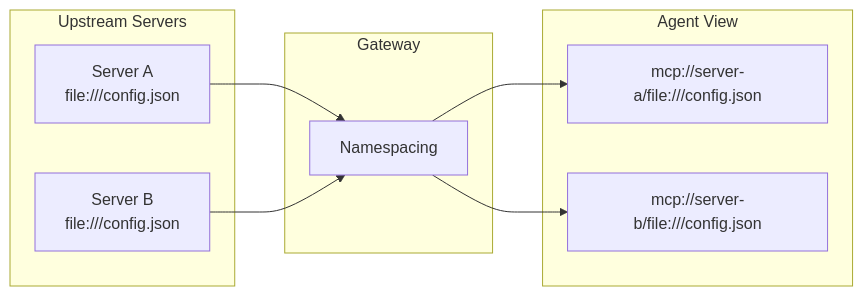
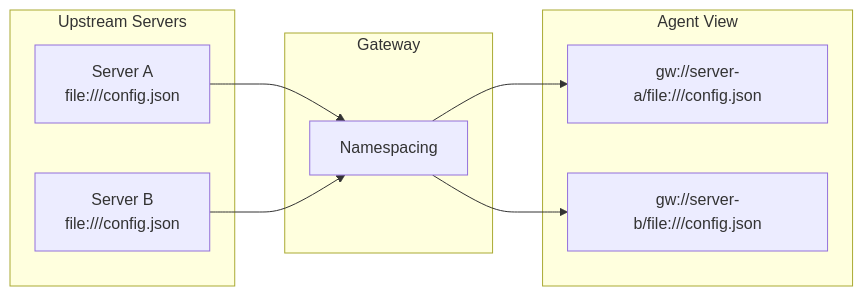
One commit to karashiiro/my-cool-proxy changed the first of 6 diagrams in docs/design/resource-namespacing.md. Above: the diagram before and after it, drawn with Mermaid. The commit also changed other lines of this file and 22 other files, not shown here.

````diff
--- a/docs/design/resource-namespacing.md
+++ b/docs/design/resource-namespacing.md
@@ -27,21 +27,21 @@
 ```mermaid
 flowchart LR
     subgraph Upstream["Upstream Servers"]
         SA["Server A<br/>file:///config.json"]
         SB["Server B<br/>file:///config.json"]
     end
 
     subgraph Gateway["Gateway"]
         Namespace["Namespacing"]
     end
 
     subgraph Agent["Agent View"]
-        NA["mcp://server-a/file:///config.json"]
-        NB["mcp://server-b/file:///config.json"]
+        NA["gw://server-a/file:///config.json"]
+        NB["gw://server-b/file:///config.json"]
     end
 
     SA --> Namespace
     SB --> Namespace
     Namespace --> NA
     Namespace --> NB
 ```
````
